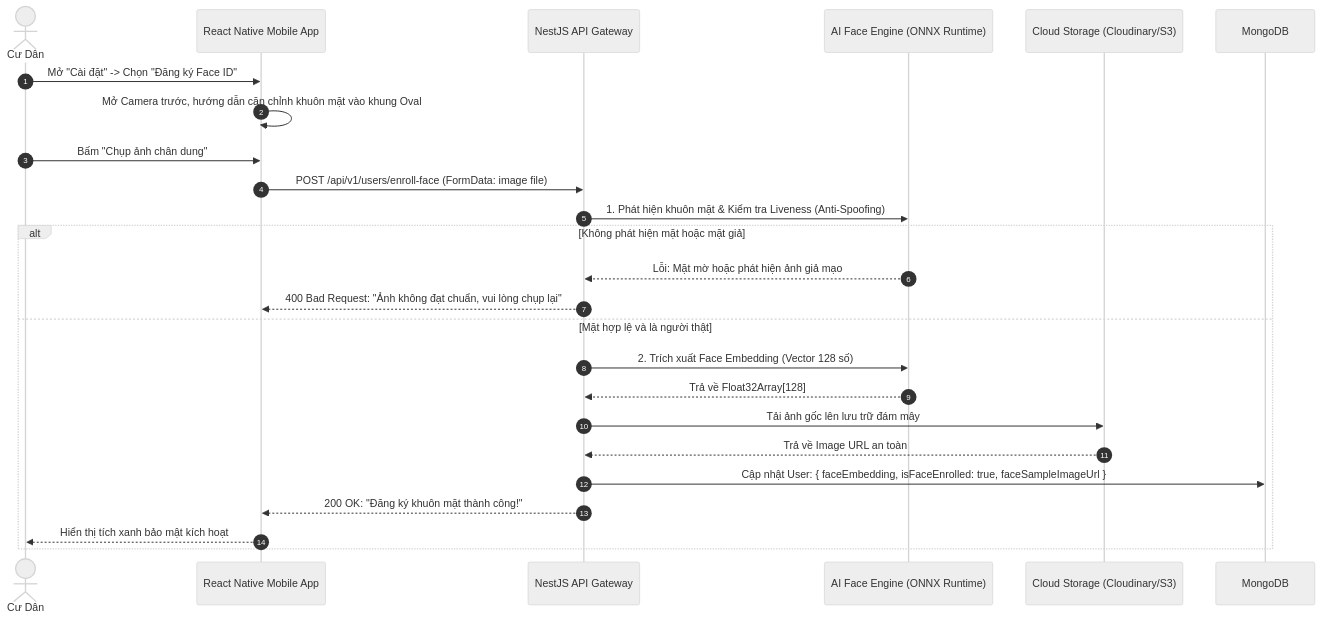
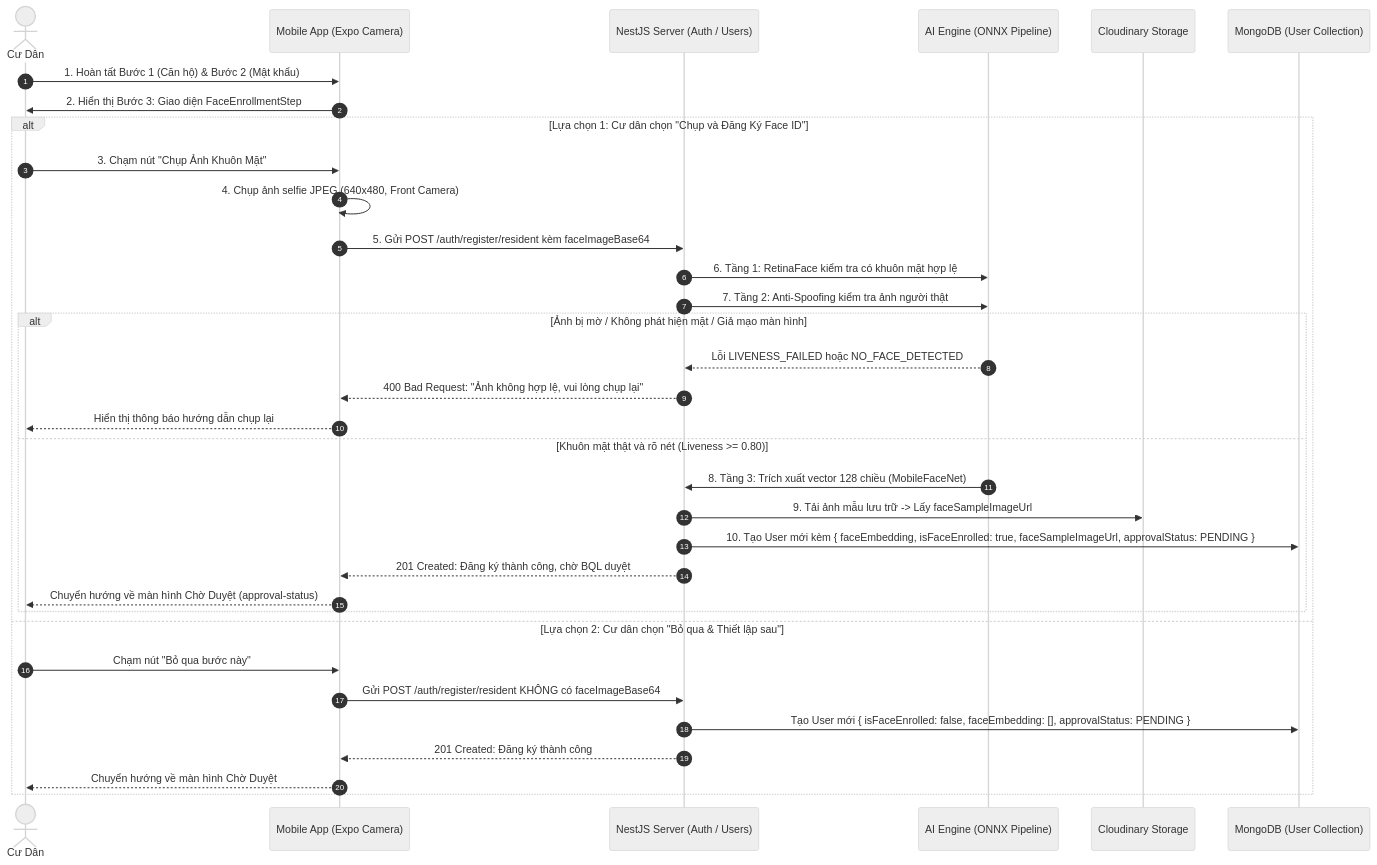
Before and after one commit to xuanphat0505/smart-locker-server: the second of 3 diagrams in src/docs/ai_face_verification_specification.md, drawn with Mermaid (neutral theme). The commit also changed other lines of this file and 37 other files, not shown here.

Commit message:
feat(ai): integrate AI face verification and anti-spoofing system (#16)

````diff
--- a/src/docs/ai_face_verification_specification.md
+++ b/src/docs/ai_face_verification_specification.md
@@ -128,29 +233,40 @@
 ```mermaid
 sequenceDiagram
     autonumber
     actor Resident as Cư Dân
-    participant App as React Native Mobile App
-    participant Nest as NestJS API Gateway
-    participant AI as AI Face Engine (ONNX Runtime)
-    participant Cloud as Cloud Storage (Cloudinary/S3)
-    participant DB as MongoDB
+    participant Mobile as Mobile App (Expo Camera)
+    participant Nest as NestJS Server (Auth / Users)
+    participant AI as AI Engine (ONNX Pipeline)
+    participant Cloudinary as Cloudinary Storage
+    participant DB as MongoDB (User Collection)
 
-    Resident->>App: Mở "Cài đặt" -> Chọn "Đăng ký Face ID"
-    App->>App: Mở Camera trước, hướng dẫn căn chỉnh khuôn mặt vào khung Oval
-    Resident->>App: Bấm "Chụp ảnh chân dung"
-    App->>Nest: POST /api/v1/users/enroll-face (FormData: image file)
+    Resident->>Mobile: 1. Hoàn tất Bước 1 (Căn hộ) & Bước 2 (Mật khẩu)
+    Mobile->>Resident: 2. Hiển thị Bước 3: Giao diện FaceEnrollmentStep
     
-    Nest->>AI: 1. Phát hiện khuôn mặt & Kiểm tra Liveness (Anti-Spoofing)
-    alt Không phát hiện mặt hoặc mặt giả
-        AI-->>Nest: Lỗi: Mặt mờ hoặc phát hiện ảnh giả mạo
-        Nest-->>App: 400 Bad Request: "Ảnh không đạt chuẩn, vui lòng chụp lại"
-    else Mặt hợp lệ và là người thật
-        Nest->>AI: 2. Trích xuất Face Embedding (Vector 128 số)
-        AI-->>Nest: Trả về Float32Array[128]
-        Nest->>Cloud: Tải ảnh gốc lên lưu trữ đám mây
-        Cloud-->>Nest: Trả về Image URL an toàn
-        Nest->>DB: Cập nhật User: { faceEmbedding, isFaceEnrolled: true, faceSampleImageUrl }
-        Nest-->>App: 200 OK: "Đăng ký khuôn mặt thành công!"
-        App-->>Resident: Hiển thị tích xanh bảo mật kích hoạt
+    alt Lựa chọn 1: Cư dân chọn "Chụp và Đăng Ký Face ID"
+        Resident->>Mobile: 3. Chạm nút "Chụp Ảnh Khuôn Mặt"
+        Mobile->>Mobile: 4. Chụp ảnh selfie JPEG (640x480, Front Camera)
+        Mobile->>Nest: 5. Gửi POST /auth/register/resident kèm faceImageBase64
+        
+        Nest->>AI: 6. Tầng 1: RetinaFace kiểm tra có khuôn mặt hợp lệ
+        Nest->>AI: 7. Tầng 2: Anti-Spoofing kiểm tra ảnh người thật
+        alt Ảnh bị mờ / Không phát hiện mặt / Giả mạo màn hình
+            AI-->>Nest: Lỗi LIVENESS_FAILED hoặc NO_FACE_DETECTED
+            Nest-->>Mobile: 400 Bad Request: "Ảnh không hợp lệ, vui lòng chụp lại"
+            Mobile-->>Resident: Hiển thị thông báo hướng dẫn chụp lại
+        else Khuôn mặt thật và rõ nét (Liveness >= 0.80)
+            AI->>Nest: 8. Tầng 3: Trích xuất vector 128 chiều (MobileFaceNet)
+            Nest->>Cloudinary: 9. Tải ảnh mẫu lưu trữ -> Lấy faceSampleImageUrl
+            Nest->>DB: 10. Tạo User mới kèm { faceEmbedding, isFaceEnrolled: true, faceSampleImageUrl, approvalStatus: PENDING }
+            Nest-->>Mobile: 201 Created: Đăng ký thành công, chờ BQL duyệt
+            Mobile-->>Resident: Chuyển hướng về màn hình Chờ Duyệt (approval-status)
+        end
+        
+    else Lựa chọn 2: Cư dân chọn "Bỏ qua & Thiết lập sau"
+        Resident->>Mobile: Chạm nút "Bỏ qua bước này"
+        Mobile->>Nest: Gửi POST /auth/register/resident KHÔNG có faceImageBase64
+        Nest->>DB: Tạo User mới { isFaceEnrolled: false, faceEmbedding: [], approvalStatus: PENDING }
+        Nest-->>Mobile: 201 Created: Đăng ký thành công
+        Mobile-->>Resident: Chuyển hướng về màn hình Chờ Duyệt
     end
 ```
````
